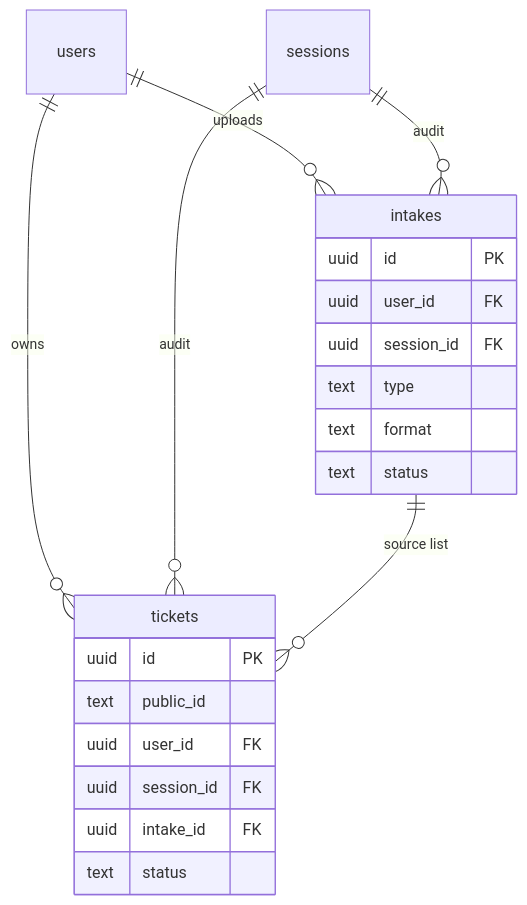
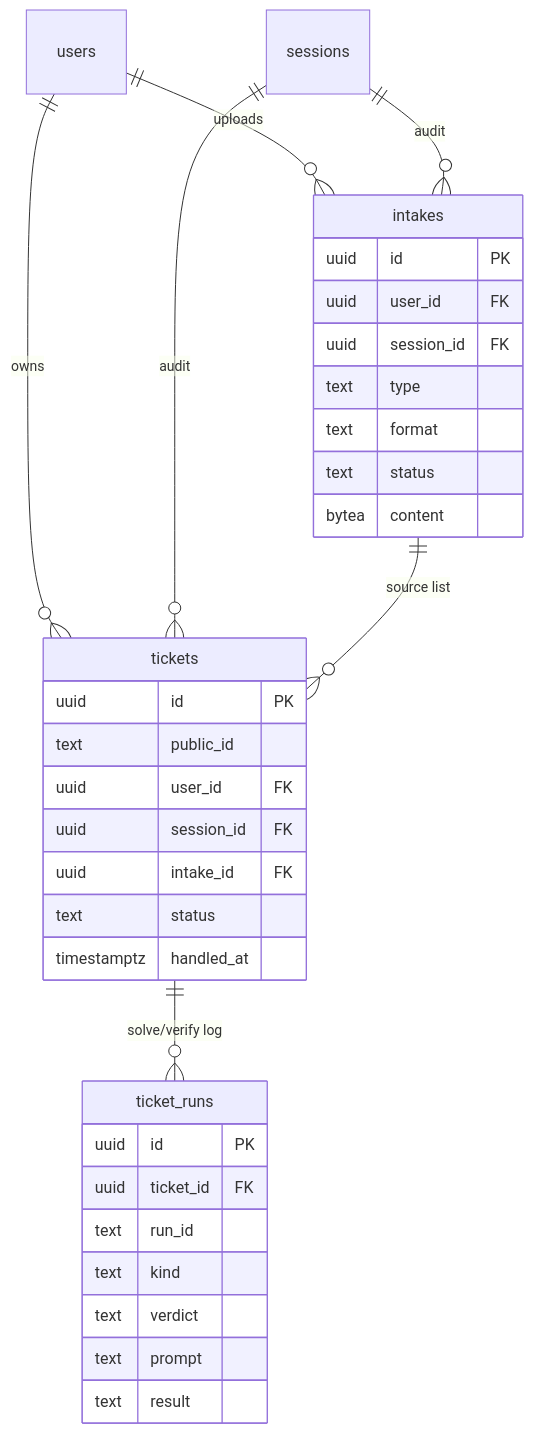
One commit to netpalm-ai/fleetai changed the second of 2 diagrams in docs/erd.md. Above: the diagram before and after it, drawn with Mermaid. The commit also changed other lines of this file and 39 other files, not shown here.

````diff
--- a/docs/erd.md
+++ b/docs/erd.md
@@ -79,26 +80,39 @@
 ```mermaid
 erDiagram
   users ||--o{ intakes : uploads
   users ||--o{ tickets : owns
   sessions ||--o{ intakes : "audit"
   sessions ||--o{ tickets : "audit"
   intakes ||--o{ tickets : "source list"
+  tickets ||--o{ ticket_runs : "solve/verify log"
 
   intakes {
     uuid id PK
     uuid user_id FK
     uuid session_id FK
     text type
     text format
     text status
+    bytea content
   }
 
   tickets {
     uuid id PK
     text public_id
     uuid user_id FK
     uuid session_id FK
     uuid intake_id FK
     text status
+    timestamptz handled_at
+  }
+
+  ticket_runs {
+    uuid id PK
+    uuid ticket_id FK
+    text run_id
+    text kind
+    text verdict
+    text prompt
+    text result
   }
 ```
````
